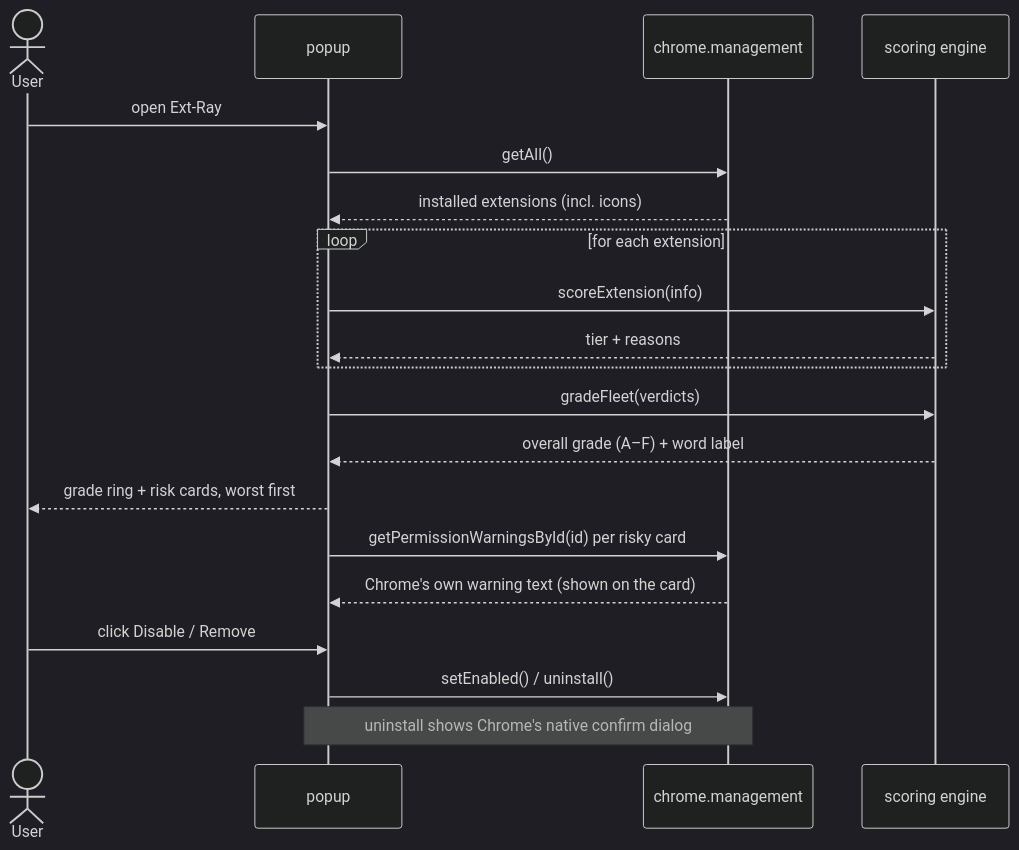
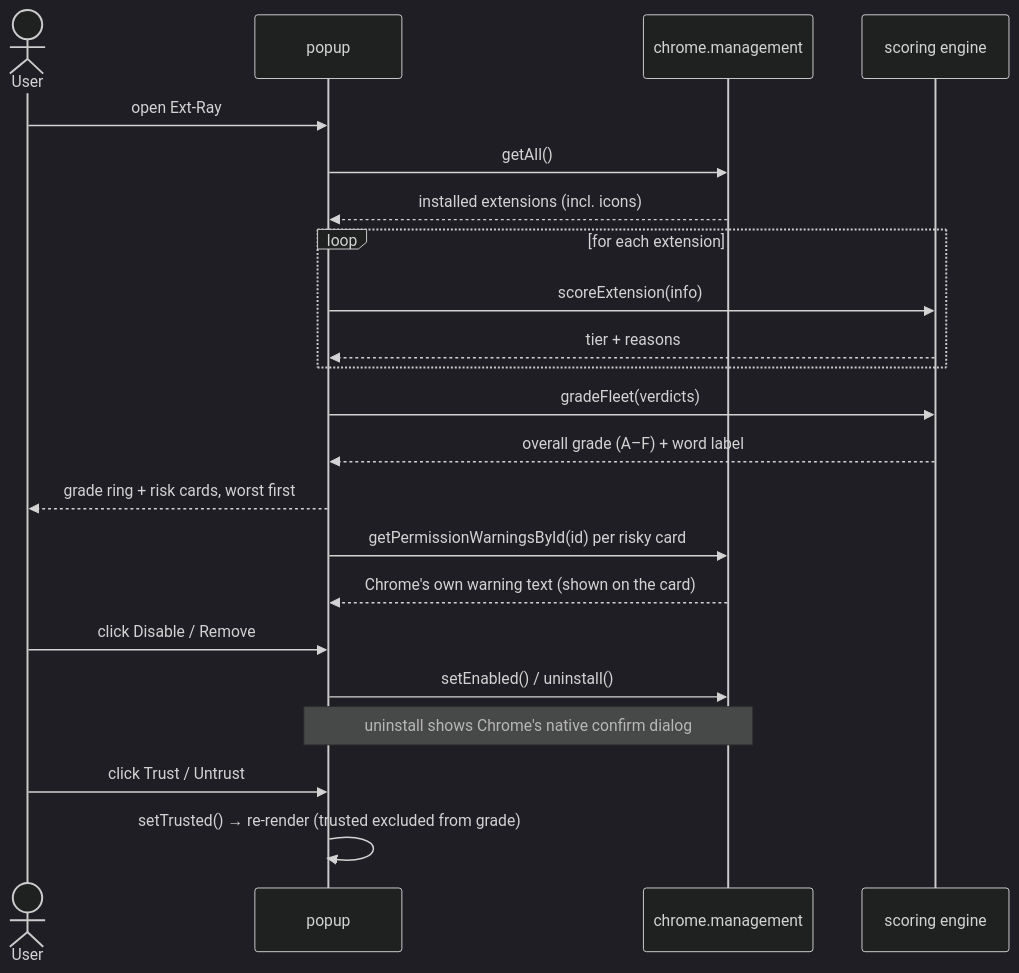
Before and after one commit to junnythemarksman/Ext-Ray: the third of 6 diagrams in README.md, drawn with Mermaid (dark theme). The commit also changed other lines of this file and 1 other file, not shown here.

Commit message:
docs: record Trusted extensions (Phase 9.6) + diagram updates

````diff
--- a/README.md
+++ b/README.md
@@ -123,23 +126,25 @@
 ```mermaid
 sequenceDiagram
     actor User
     participant Popup as popup
     participant Mgmt as chrome.management
     participant Score as scoring engine
 
     User->>Popup: open Ext-Ray
     Popup->>Mgmt: getAll()
     Mgmt-->>Popup: installed extensions (incl. icons)
     loop for each extension
         Popup->>Score: scoreExtension(info)
         Score-->>Popup: tier + reasons
     end
     Popup->>Score: gradeFleet(verdicts)
     Score-->>Popup: overall grade (A–F) + word label
     Popup-->>User: grade ring + risk cards, worst first
     Popup->>Mgmt: getPermissionWarningsById(id) per risky card
     Mgmt-->>Popup: Chrome's own warning text (shown on the card)
     User->>Popup: click Disable / Remove
     Popup->>Mgmt: setEnabled() / uninstall()
     Note over Popup,Mgmt: uninstall shows Chrome's native confirm dialog
+    User->>Popup: click Trust / Untrust
+    Popup->>Popup: setTrusted() → re-render (trusted excluded from grade)
 ```
````
